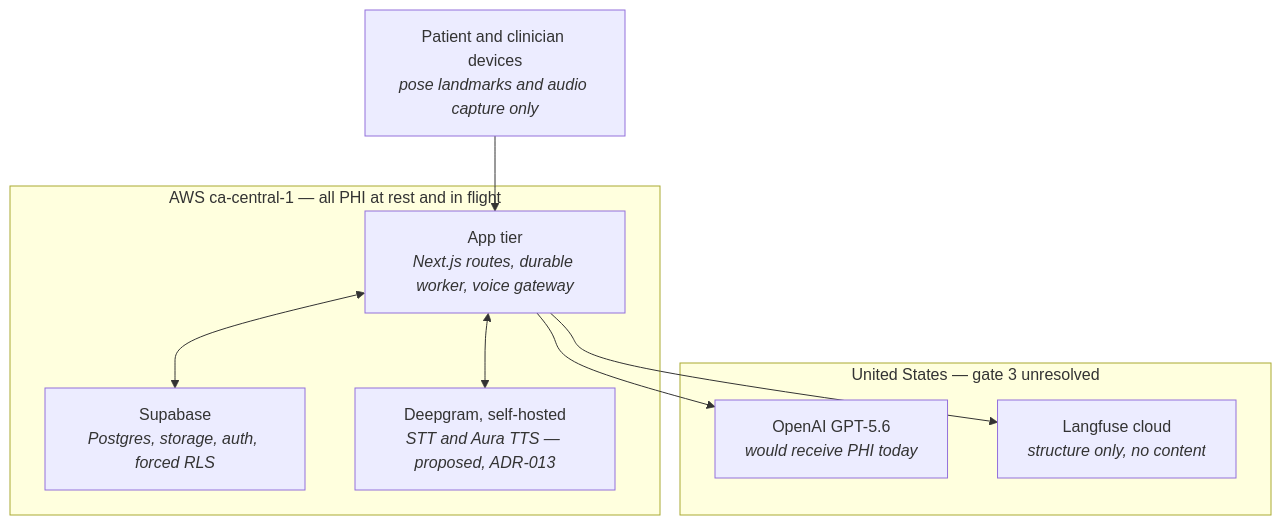
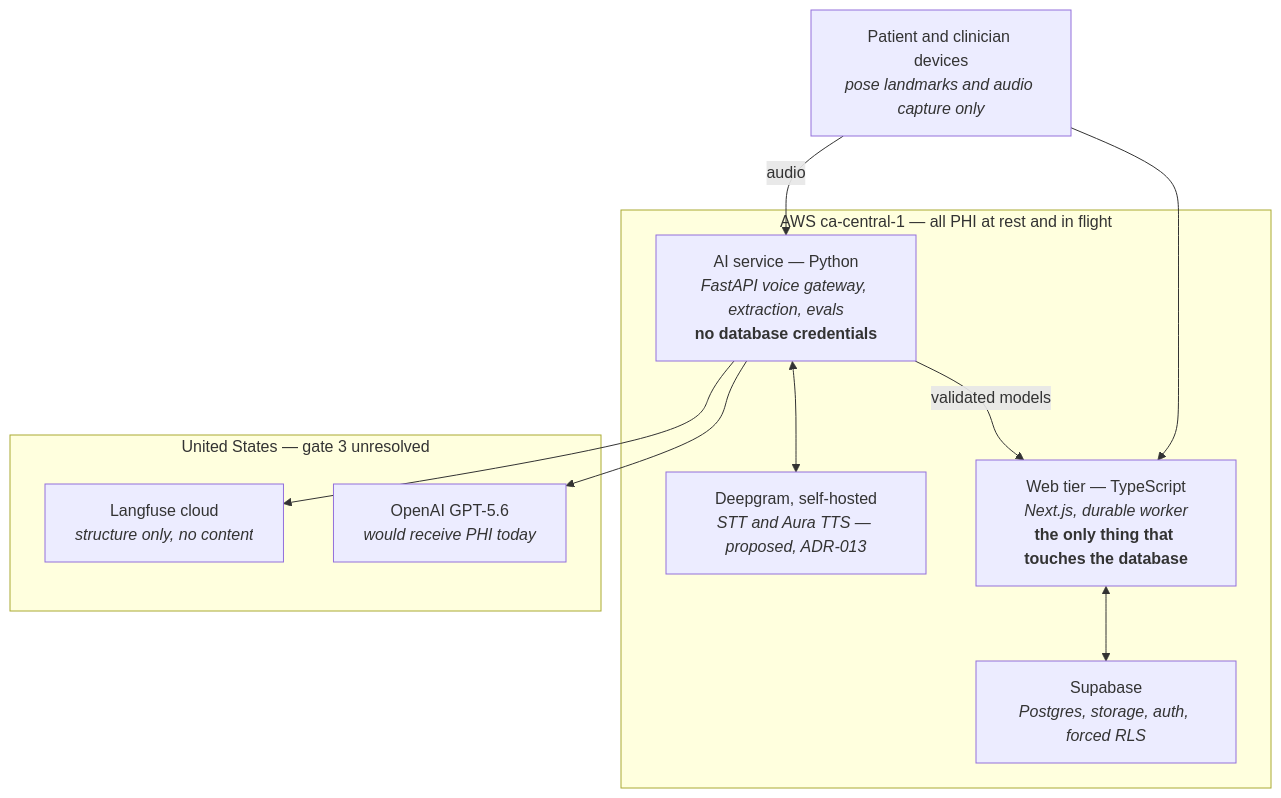
Before and after one commit to obro79/Rehabify: the first of 3 diagrams in docs/architecture/11-diagrams.md, drawn with Mermaid. The commit also changed other lines of this file and 6 other files, not shown here.

First line of the commit message:
docs: ADR-016 — Python AI service; TypeScript keeps all database access

````diff
--- a/docs/architecture/11-diagrams.md
+++ b/docs/architecture/11-diagrams.md
@@ -18,21 +18,24 @@
 ```mermaid
 flowchart TB
     dev["Patient and clinician devices<br/><i>pose landmarks and audio capture only</i>"]
 
     subgraph ca["AWS ca-central-1 — all PHI at rest and in flight"]
-        app["App tier<br/><i>Next.js routes, durable worker, voice gateway</i>"]
+        web["Web tier — TypeScript<br/><i>Next.js, durable worker</i><br/><b>the only thing that touches the database</b>"]
+        ai["AI service — Python<br/><i>FastAPI voice gateway, extraction, evals</i><br/><b>no database credentials</b>"]
         sb["Supabase<br/><i>Postgres, storage, auth, forced RLS</i>"]
         dg["Deepgram, self-hosted<br/><i>STT and Aura TTS — proposed, ADR-013</i>"]
     end
 
     subgraph us["United States — gate 3 unresolved"]
         oai["OpenAI GPT-5.6<br/><i>would receive PHI today</i>"]
         lf["Langfuse cloud<br/><i>structure only, no content</i>"]
     end
 
-    dev --> app
-    app <--> sb
-    app <--> dg
-    app --> oai
-    app --> lf
+    dev --> web
+    dev -->|audio| ai
+    web <--> sb
+    ai -->|validated models| web
+    ai <--> dg
+    ai --> oai
+    ai --> lf
 ```
````
